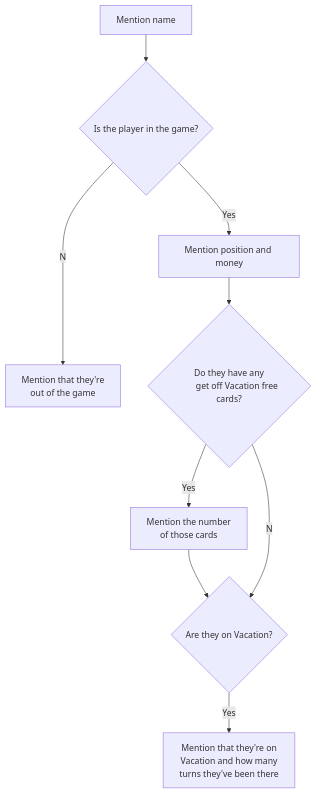
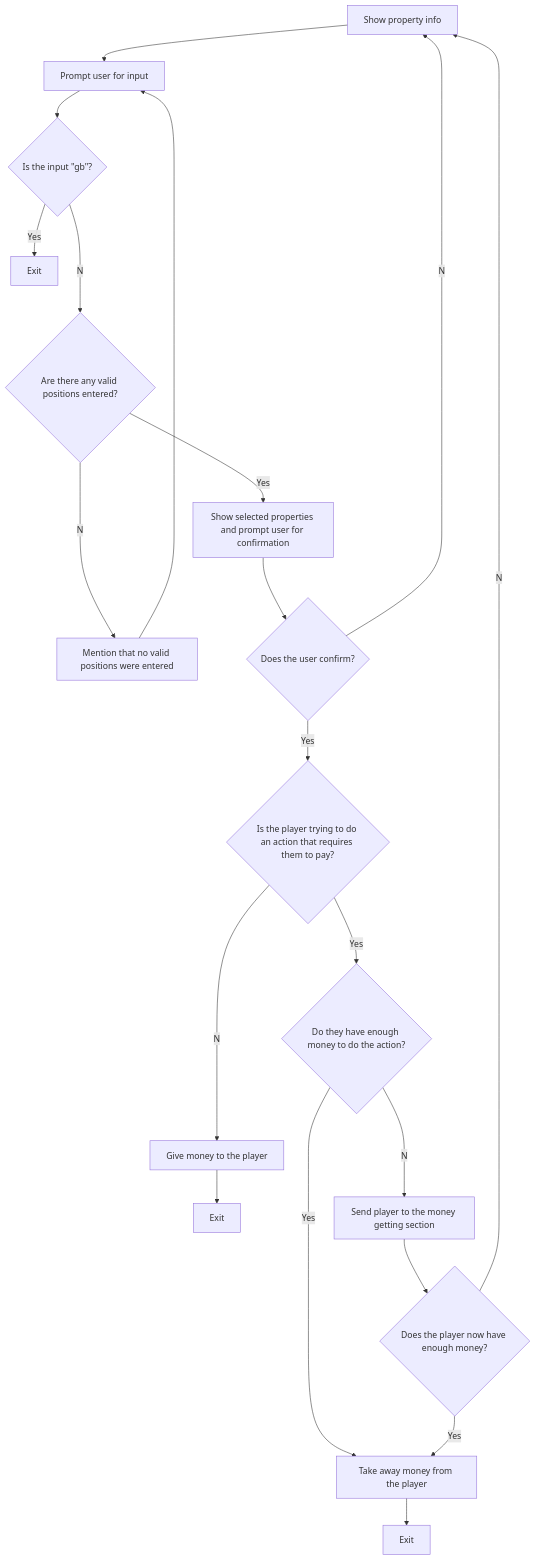
Before and after one commit to ncschroeder/Singletonopoly: the third of 3 diagrams in README.md, drawn with Mermaid. The commit also changed other lines of this file, not shown here.

````diff
--- a/README.md
+++ b/README.md
@@ -670,16 +630,21 @@
 ```mermaid
 flowchart TD
-    A[Mention name] --> B{Is the player in the game?}
-    B --Yes--> C[Mention position and money]
-    B --No--> D["Mention that they're
-        out of the game"]
-    C --> E{"Do they have any
-        get off Vacation free cards?"}
-    G{Are they on Vacation?}
-    E --Yes--> F["Mention the number
-        of those cards"] --> G
-    E --No--> G
-    G --Yes--> H["Mention that they're on
-        Vacation and how many
-        turns they've been there"]
+    A[Show property info] --> B[Prompt user for input]
+    B --> C{"Is the input #quot;gb#quot;?"}
+    C --Yes--> Exit1[Exit]
+    C --No--> D{Are there any valid positions entered?}
+    D --Yes--> E[Show selected properties and prompt user for confirmation]
+    D --No--> F[Mention that no valid positions were entered] --> B
+    E --> G{Does the user confirm?}
+    G --Yes--> H{Is the player trying to do an action that requires them to pay?}
+    G --No--> A
+    H --Yes--> I{Do they have enough money to do the action?}
+    H --No--> J[Give money to the player]
+    J --> Exit2[Exit]
+    I --Yes--> K[Take away money from the player]
+    K --> Exit3[Exit]
+    I --No--> L[Send player to the money getting section]
+    L --> M{Does the player now have enough money?}
+    M --Yes--> K
+    M --No--> A
 ```
````
